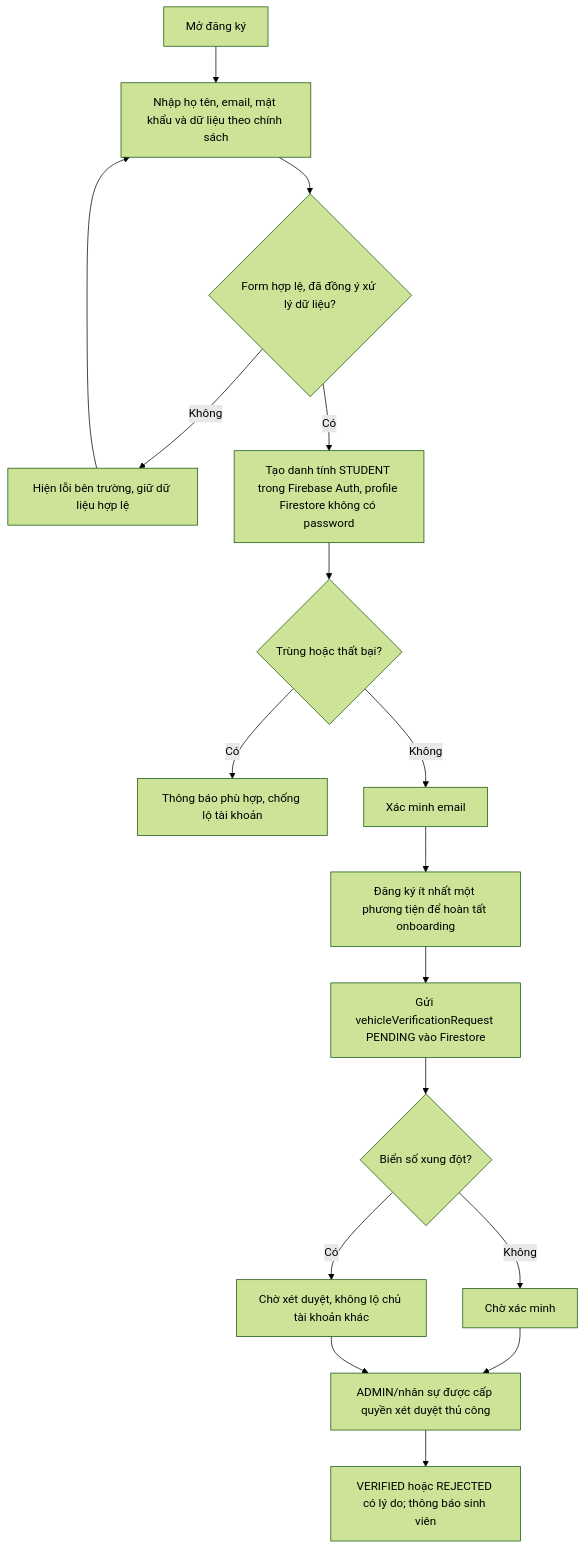
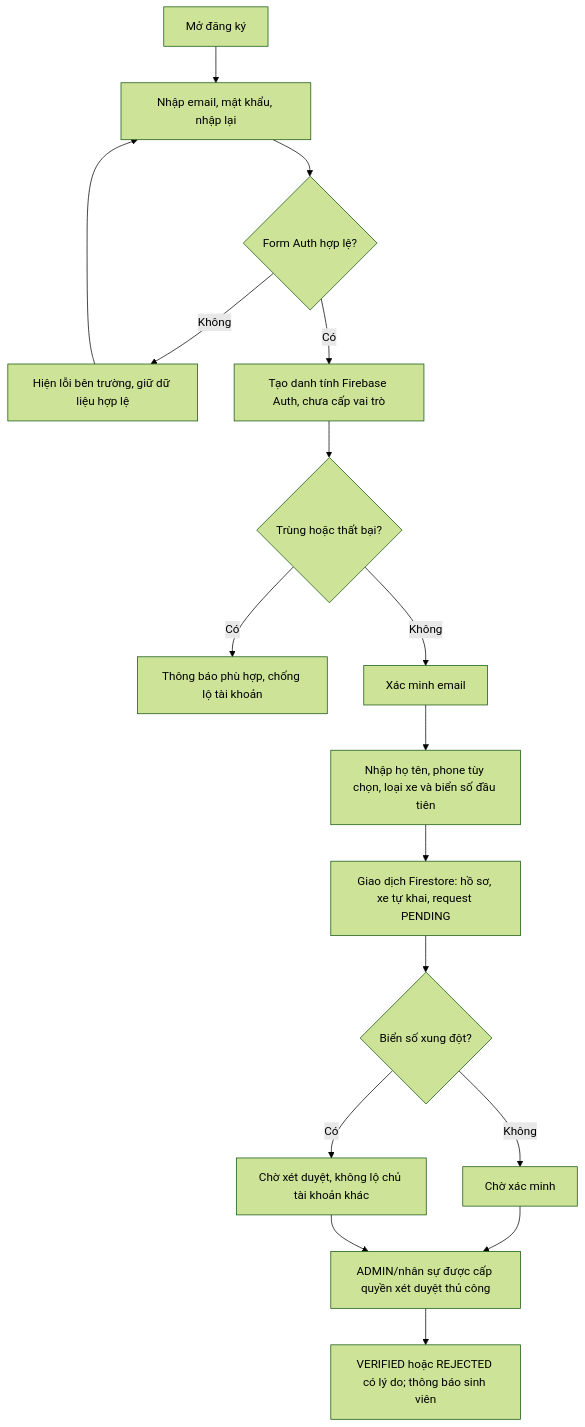
The first of 2 diagrams in docs/03-USER-FLOWS.md (Vinhn1/ParkGuardAI), drawn with Mermaid (forest theme) before and after one commit. The commit also changed other lines of this file and 323 other files, not shown here.

````diff
--- a/docs/03-USER-FLOWS.md
+++ b/docs/03-USER-FLOWS.md
@@ -7,19 +7,19 @@
 ```mermaid
 flowchart TD
-  A[Mở đăng ký] --> B[Nhập họ tên, email, mật khẩu và dữ liệu theo chính sách]
-  B --> C{Form hợp lệ, đã đồng ý xử lý dữ liệu?}
+  A[Mở đăng ký] --> B[Nhập email, mật khẩu, nhập lại]
+  B --> C{Form Auth hợp lệ?}
   C -- Không --> D[Hiện lỗi bên trường, giữ dữ liệu hợp lệ]
   D --> B
-  C -- Có --> E[Tạo danh tính STUDENT trong Firebase Auth, profile Firestore không có password]
+  C -- Có --> E[Tạo danh tính Firebase Auth, chưa cấp vai trò]
   E --> F{Trùng hoặc thất bại?}
   F -- Có --> G[Thông báo phù hợp, chống lộ tài khoản]
   F -- Không --> H[Xác minh email]
-  H --> I[Đăng ký ít nhất một phương tiện để hoàn tất onboarding]
-  I --> J[Gửi vehicleVerificationRequest PENDING vào Firestore]
+  H --> I[Nhập họ tên, phone tùy chọn, loại xe và biển số đầu tiên]
+  I --> J[Giao dịch Firestore: hồ sơ, xe tự khai, request PENDING]
   J --> K{Biển số xung đột?}
   K -- Có --> L[Chờ xét duyệt, không lộ chủ tài khoản khác]
   K -- Không --> M[Chờ xác minh]
   M --> N[ADMIN/nhân sự được cấp quyền xét duyệt thủ công]
   L --> N
   N --> O[VERIFIED hoặc REJECTED có lý do; thông báo sinh viên]
 ```
````
